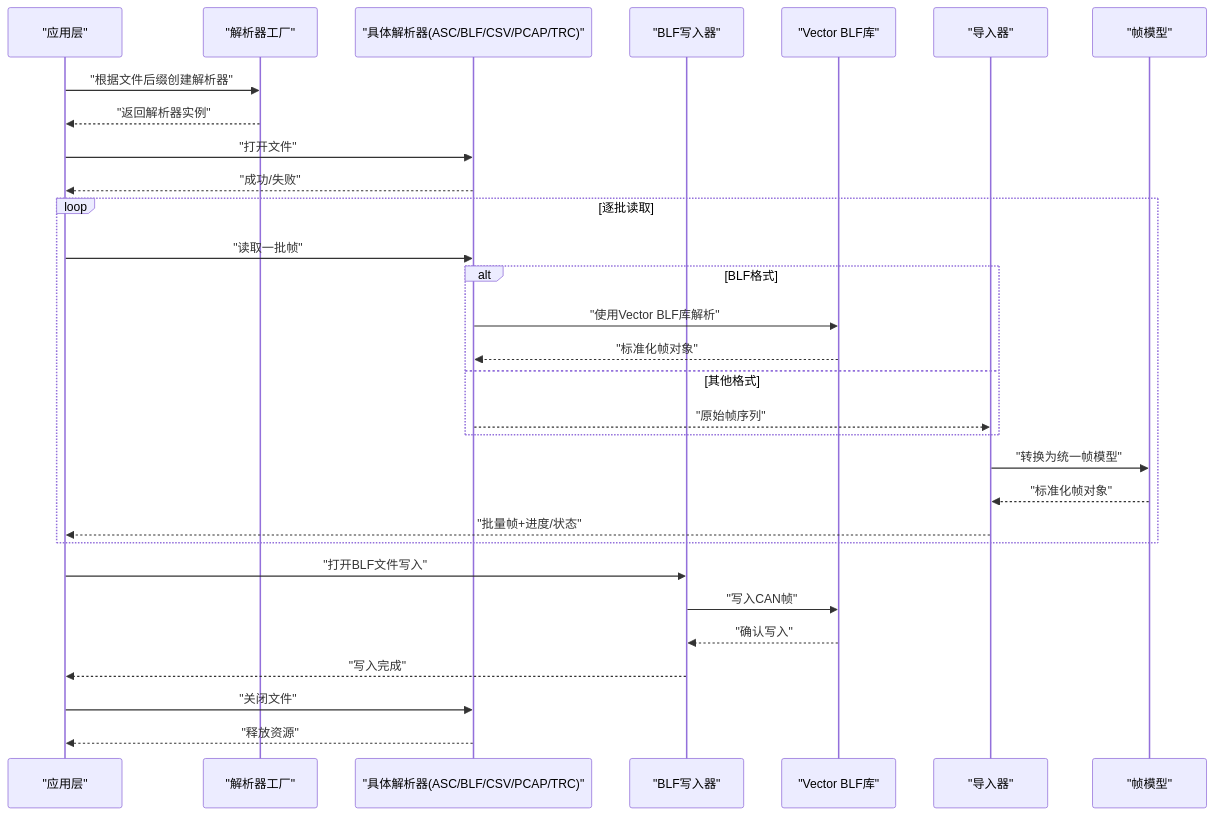
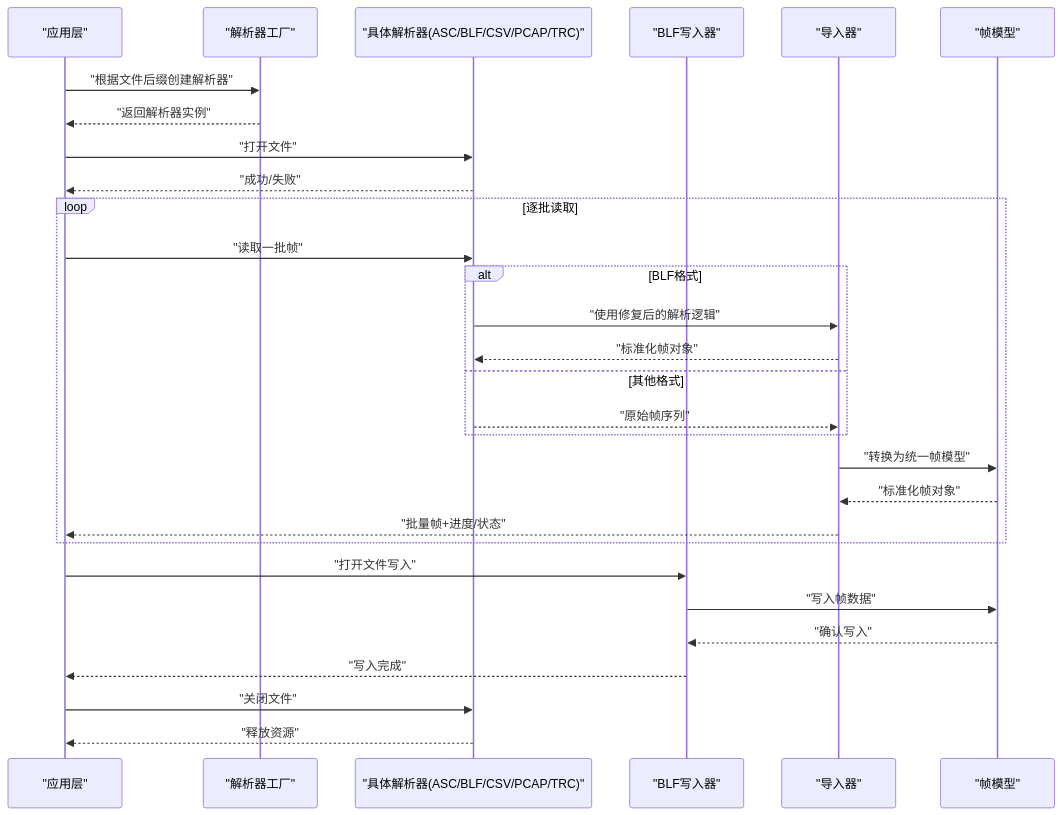
One commit to jakecai1225-design/OpenBus changed the second of 11 diagrams in .qoder/repowiki/zh/content/核心模块详解/CAN文件IO系统.md. Above: the diagram before and after it, drawn with Mermaid. The commit also changed other lines of this file and 56 other files, not shown here.

Commit message:
trace graphic优化

````diff
--- a/.qoder/repowiki/zh/content/核心模块详解/CAN文件IO系统.md
+++ b/.qoder/repowiki/zh/content/核心模块详解/CAN文件IO系统.md
@@ -144,32 +144,31 @@
 ```mermaid
 sequenceDiagram
 participant App as "应用层"
 participant Factory as "解析器工厂"
 participant Reader as "具体解析器(ASC/BLF/CSV/PCAP/TRC)"
 participant Writer as "BLF写入器"
-participant VectorBLF as "Vector BLF库"
 participant Importer as "导入器"
 participant Model as "帧模型"
 App->>Factory : "根据文件后缀创建解析器"
 Factory-->>App : "返回解析器实例"
 App->>Reader : "打开文件"
 Reader-->>App : "成功/失败"
 loop 逐批读取
 App->>Reader : "读取一批帧"
 alt BLF格式
-Reader->>VectorBLF : "使用Vector BLF库解析"
-VectorBLF-->>Reader : "标准化帧对象"
+Reader->>Importer : "使用修复后的解析逻辑"
+Importer-->>Reader : "标准化帧对象"
 else 其他格式
 Reader-->>Importer : "原始帧序列"
 end
 Importer->>Model : "转换为统一帧模型"
 Model-->>Importer : "标准化帧对象"
 Importer-->>App : "批量帧+进度/状态"
 end
-App->>Writer : "打开BLF文件写入"
-Writer->>VectorBLF : "写入CAN帧"
-VectorBLF-->>Writer : "确认写入"
+App->>Writer : "打开文件写入"
+Writer->>Model : "写入帧数据"
+Model-->>Writer : "确认写入"
 Writer-->>App : "写入完成"
 App->>Reader : "关闭文件"
 Reader-->>App : "释放资源"
 ```
````
